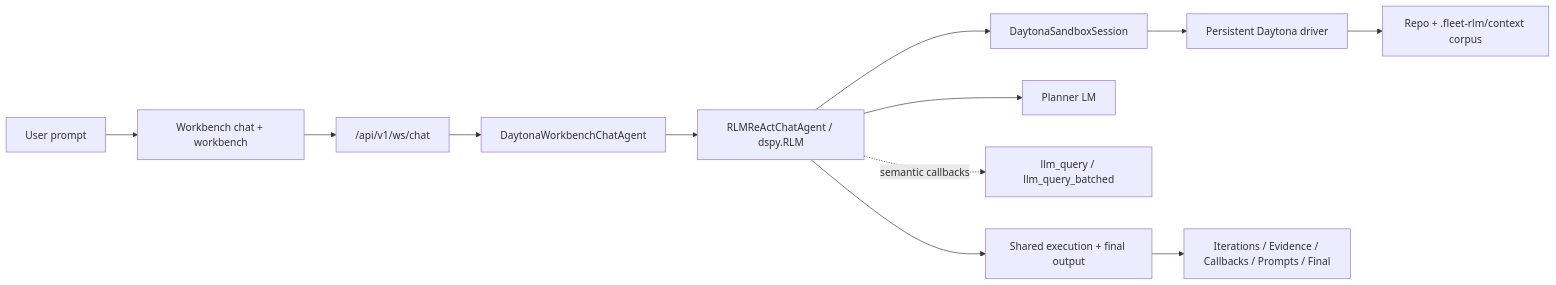
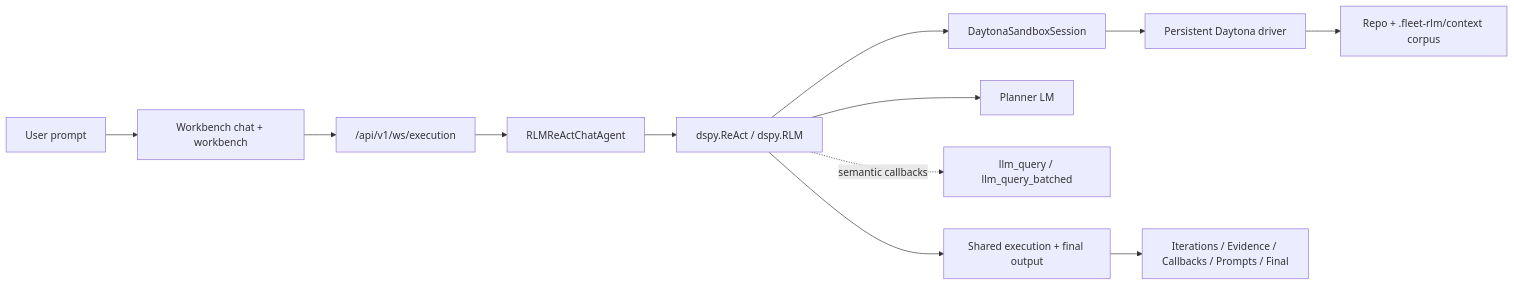
The second of 6 diagrams in docs/architecture.md (Qredence/fleet-rlm), drawn with Mermaid before and after one commit. The commit also changed other lines of this file and 402 other files, not shown here.

````diff
--- a/docs/architecture.md
+++ b/docs/architecture.md
@@ -271,14 +266,14 @@
 ```mermaid
 flowchart LR
     User["User prompt"] --> Workspace["Workbench chat + workbench"]
-    Workspace --> WS["/api/v1/ws/chat"]
-    WS --> Agent["DaytonaWorkbenchChatAgent"]
-    Agent --> Shared["RLMReActChatAgent / dspy.RLM"]
+    Workspace --> WS["/api/v1/ws/execution"]
+    WS --> Agent["RLMReActChatAgent"]
+    Agent --> Shared["dspy.ReAct / dspy.RLM"]
     Shared --> Session["DaytonaSandboxSession"]
     Shared --> Planner["Planner LM"]
     Shared -. semantic callbacks .-> Delegate["llm_query / llm_query_batched"]
     Session --> Driver["Persistent Daytona driver"]
     Driver --> Corpus["Repo + .fleet-rlm/context corpus"]
     Shared --> Result["Shared execution + final output"]
     Result --> Tabs["Iterations / Evidence / Callbacks / Prompts / Final"]
 ```
````
